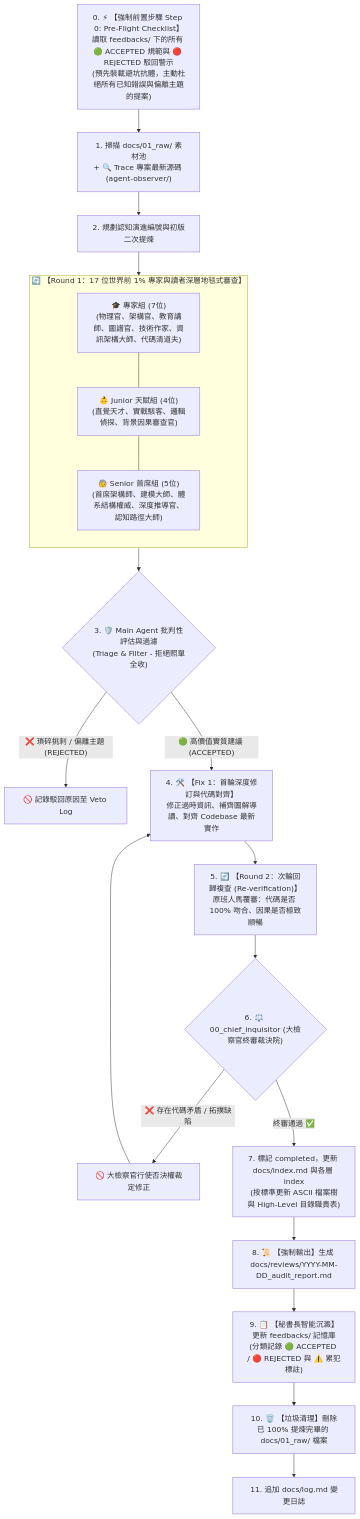
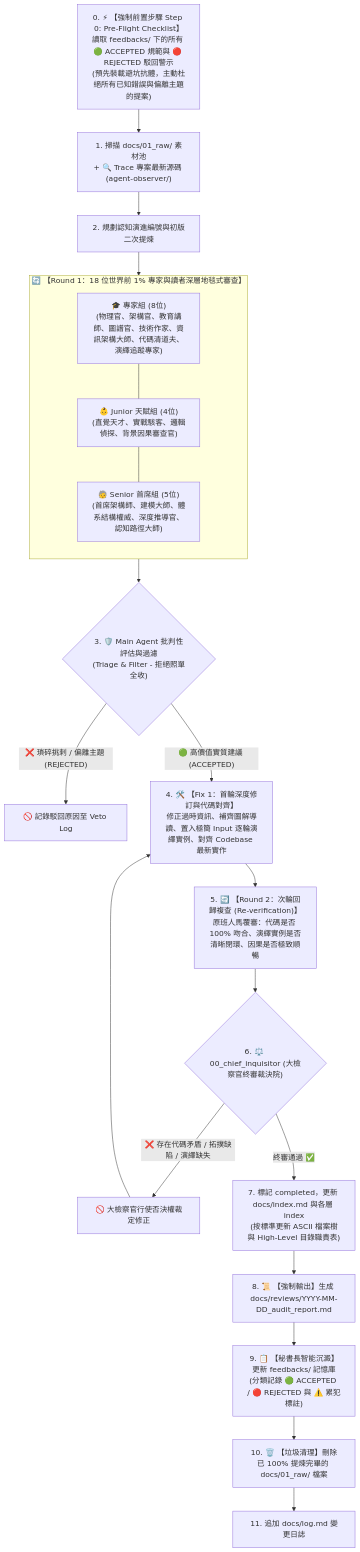
The diagram in .agents/skills/wiki-distiller/SKILL.md (daniel-yang1739/Hemidall), drawn with Mermaid before and after one commit. The commit also changed other lines of this file and 37 other files, not shown here.

````diff
--- a/.agents/skills/wiki-distiller/SKILL.md
+++ b/.agents/skills/wiki-distiller/SKILL.md
@@ -27,33 +30,33 @@
 ```mermaid
 flowchart TD
     Start["0. ⚡ 【強制前置步驟 Step 0: Pre-Flight Checklist】<br/>讀取 feedbacks/ 下的所有 🟢 ACCEPTED 規範與 🔴 REJECTED 駁回警示<br/>(預先裝載避坑抗體，主動杜絕所有已知錯誤與偏離主題的提案)"] --> A
     
     A["1. 掃描 docs/01_raw/ 素材池<br/>+ 🔍 Trace 專案最新源碼 (agent-observer/)"] --> B["2. 規劃認知演進編號與初版二次提煉"]
     
-    subgraph Round1 ["🔄 【Round 1：17 位世界前 1% 專家與讀者深層地毯式審查】"]
+    subgraph Round1 ["🔄 【Round 1：18 位世界前 1% 專家與讀者深層地毯式審查】"]
         direction TB
-        R1A["🎓 專家組 (7位)<br/>(物理官、架構官、教育講師、圖譜官、技術作家、資訊架構大師、代碼清道夫)"]
+        R1A["🎓 專家組 (8位)<br/>(物理官、架構官、教育講師、圖譜官、技術作家、資訊架構大師、代碼清道夫、演繹追蹤專家)"]
         R1B["👶 Junior 天賦組 (4位)<br/>(直覺天才、實戰駭客、邏輯偵探、背景因果審查官)"]
         R1C["🧓 Senior 首席組 (5位)<br/>(首席架構師、建模大師、體系結構權威、深度推導官、認知路徑大師)"]
         R1A --- R1B --- R1C
     end
     
     B --> Round1
     Round1 --> C{"3. 🛡️ Main Agent 批判性評估與過濾<br/>(Triage & Filter - 拒絕照單全收)"}
     C -- "❌ 瑣碎挑刺 / 偏離主題 (REJECTED)" --> D1["🚫 記錄駁回原因至 Veto Log"]
-    C -- "🟢 高價值實質建議 (ACCEPTED)" --> D2["4. 🛠️ 【Fix 1：首輪深度修訂與代碼對齊】<br/>修正過時資訊、補齊圖解導讀、對齊 Codebase 最新實作"]
+    C -- "🟢 高價值實質建議 (ACCEPTED)" --> D2["4. 🛠️ 【Fix 1：首輪深度修訂與代碼對齊】<br/>修正過時資訊、補齊圖解導讀、置入極簡 Input 逐輪演繹實例、對齊 Codebase 最新實作"]
     
-    D2 --> E["5. 🔄 【Round 2：次輪回歸複查 (Re-verification)】<br/>原班人馬覆審：代碼是否 100% 吻合、因果是否極致順暢"]
+    D2 --> E["5. 🔄 【Round 2：次輪回歸複查 (Re-verification)】<br/>原班人馬覆審：代碼是否 100% 吻合、演繹實例是否清晰閉環、因果是否極致順暢"]
     
     E --> F{"6. ⚖️ 00_chief_inquisitor (大檢察官終審裁決院)"}
-    F -- "❌ 存在代碼矛盾 / 拓撲缺陷" --> G1["🚫 大檢察官行使否決權裁定修正"]
+    F -- "❌ 存在代碼矛盾 / 拓撲缺陷 / 演繹缺失" --> G1["🚫 大檢察官行使否決權裁定修正"]
     G1 --> D2
     F -- "終審通過 ✅" --> G2["7. 標記 completed，更新 docs/index.md 與各層 index<br/>(按標準更新 ASCII 檔案樹與 High-Level 目錄職責表)"]
     
     G2 --> H["8. 📜 【強制輸出】生成 docs/reviews/YYYY-MM-DD_audit_report.md"]
     
     H --> I["9. 📋 【秘書長智能沉澱】更新 feedbacks/ 記憶庫<br/>(分類記錄 🟢 ACCEPTED / 🔴 REJECTED 與 ⚠️ 累犯標註)"]
     
     I --> J["10. 🗑️ 【垃圾清理】刪除已 100% 提煉完畢的 docs/01_raw/ 檔案"]
     J --> K["11. 追加 docs/log.md 變更日誌"]
 ```
````
